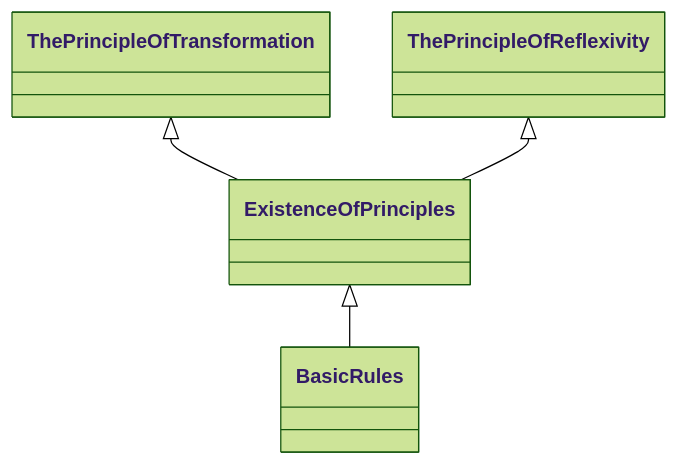
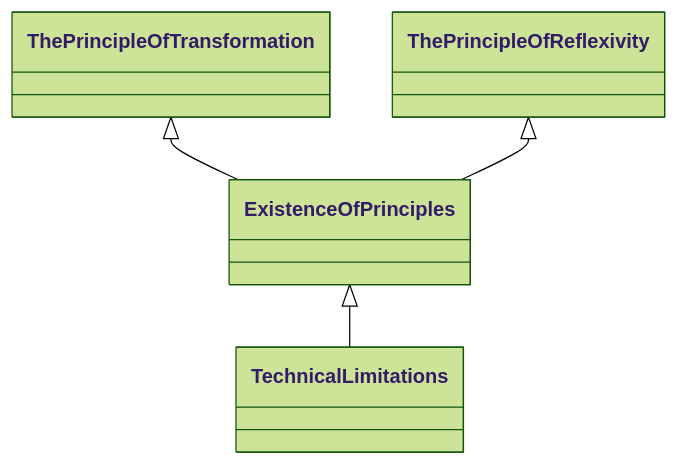
One commit to the-laurel/chain-proposals changed the third of 4 diagrams in evmos/PrecedenceGraph.md. Above: the diagram before and after it, drawn with Mermaid (forest theme). The commit also changed other lines of this file, not shown here.

````diff
--- a/evmos/PrecedenceGraph.md
+++ b/evmos/PrecedenceGraph.md
@@ -63,9 +71,9 @@
 ```mermaid
 classDiagram
 
 The Principle Of Transformation <|-- Existence Of Principles 
 The Principle Of Reflexivity <|-- Existence Of Principles 
 
-Existence Of Principles <|-- Basic Rules
+Existence Of Principles <|-- Technical Limitations
 
 ```
````
